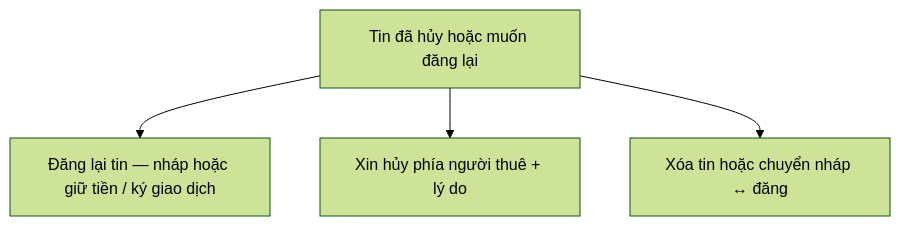
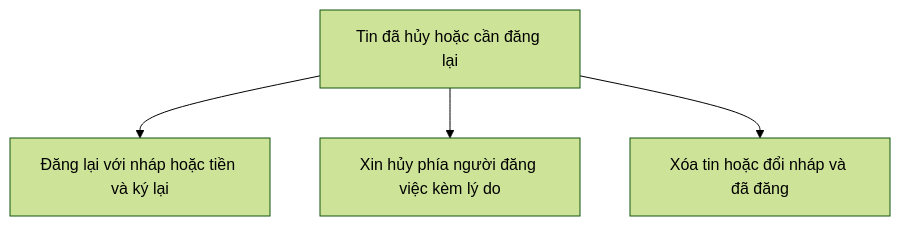
One commit to dmt041104111003/docs-nckh changed the fifth of 5 diagrams in poster.md. Above: the diagram before and after it, drawn with Mermaid (forest theme). The commit also changed other lines of this file and 8 other files, not shown here.

````diff
--- a/poster.md
+++ b/poster.md
@@ -97,6 +88,6 @@
 ```mermaid
 flowchart TD
-  A[Tin đã hủy hoặc muốn đăng lại] --> B[Đăng lại tin — nháp hoặc giữ tiền / ký giao dịch]
-  A --> C[Xin hủy phía người thuê + lý do]
-  A --> D[Xóa tin hoặc chuyển nháp ↔ đăng]
+  A[Tin đã hủy hoặc cần đăng lại] --> B[Đăng lại với nháp hoặc tiền và ký lại]
+  A --> C[Xin hủy phía người đăng việc kèm lý do]
+  A --> D[Xóa tin hoặc đổi nháp và đã đăng]
 ```
````
